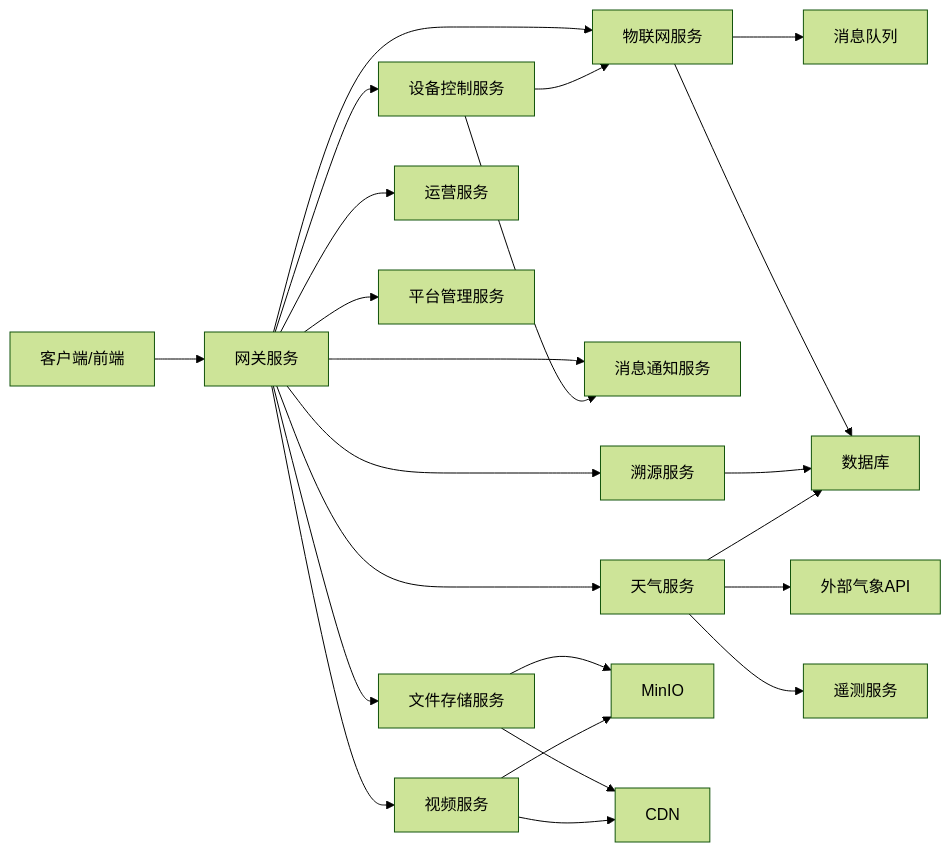
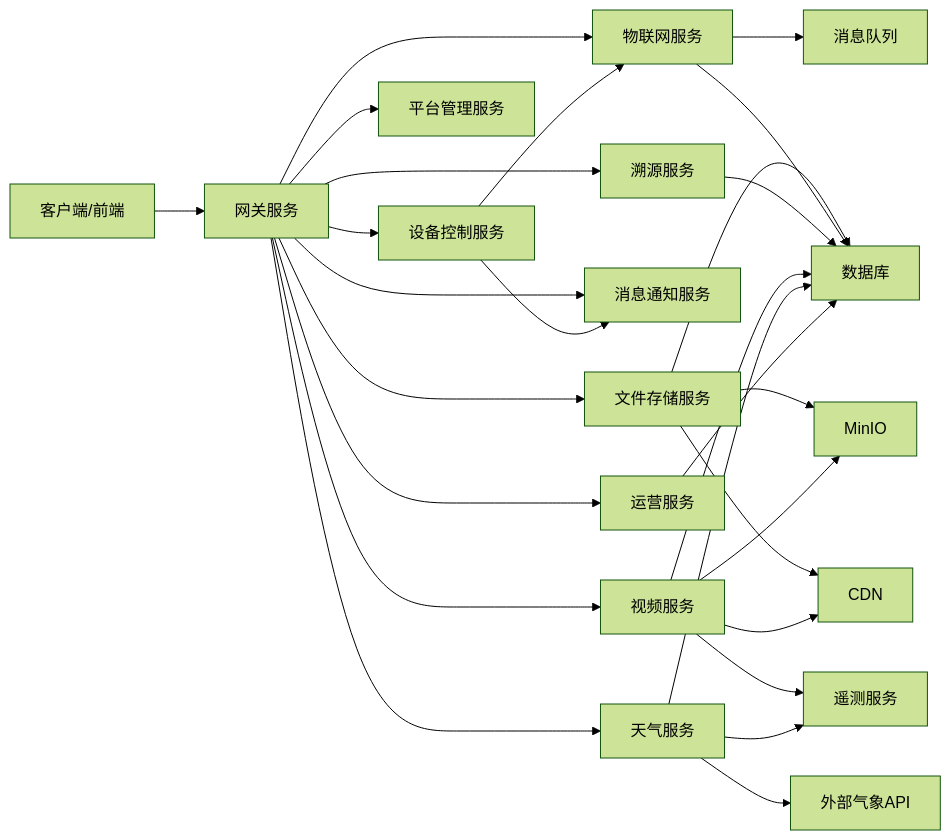
Before and after one commit to q446328246/agri-platform: the second of 28 diagrams in .qoder/repowiki/zh/content/核心服务文档/其他业务服务.md, drawn with Mermaid (forest theme). The commit also changed other lines of this file and 52 other files, not shown here.

````diff
--- a/.qoder/repowiki/zh/content/核心服务文档/其他业务服务.md
+++ b/.qoder/repowiki/zh/content/核心服务文档/其他业务服务.md
@@ -171,25 +206,29 @@
 ```mermaid
 graph LR
 Client["客户端/前端"] --> GW["网关服务"]
 GW --> CS["设备控制服务"]
 GW --> FS["文件存储服务"]
 GW --> IoT["物联网服务"]
 GW --> MS["消息通知服务"]
 GW --> OPS["运营服务"]
 GW --> PLAT["平台管理服务"]
 GW --> TRC["溯源服务"]
 GW --> VID["视频服务"]
 GW --> WTH["天气服务"]
 CS --> IoT
 CS --> MS
 FS --> MINIO["MinIO"]
 FS --> CDN["CDN"]
+FS --> DB["数据库"]
 IoT --> MQ["消息队列"]
-IoT --> DB["数据库"]
+IoT --> DB
 TRC --> DB
 VID --> MINIO
 VID --> CDN
+VID --> DB
+VID --> TELEMETRY["遥测服务"]
 WTH --> EXT["外部气象API"]
 WTH --> DB
-WTH --> TELEMETRY["遥测服务"]
+WTH --> TELEMETRY
+OPS --> DB
 ```
````
